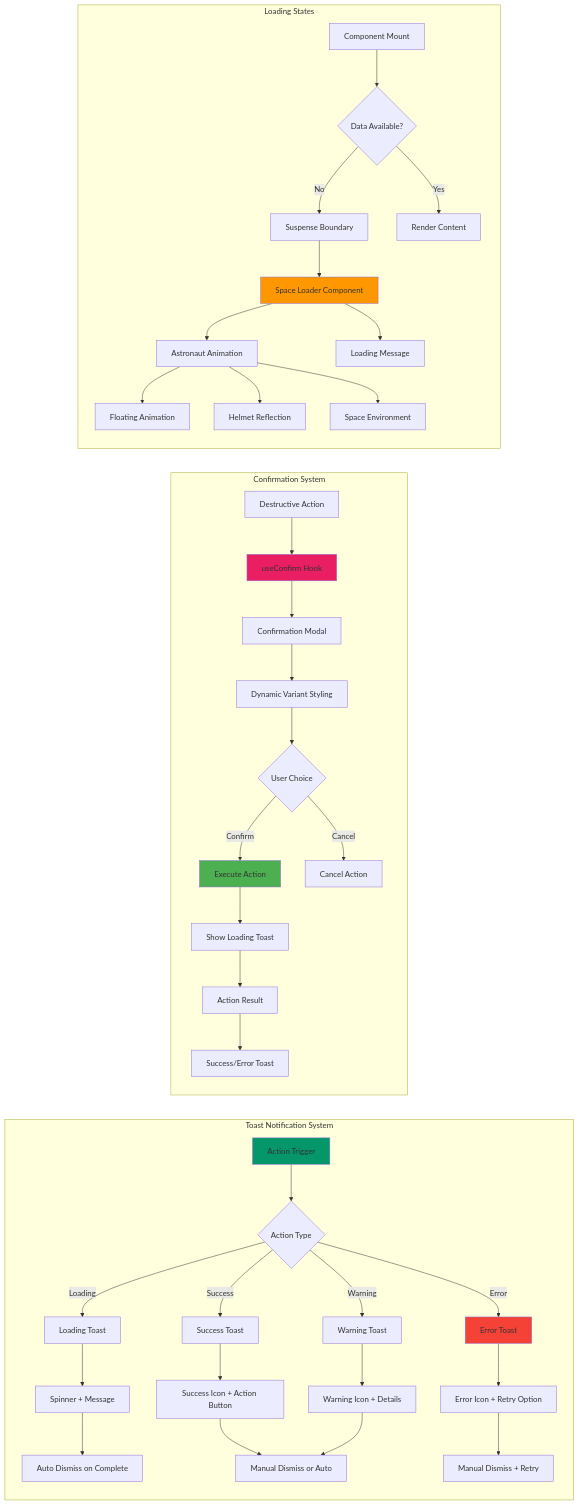
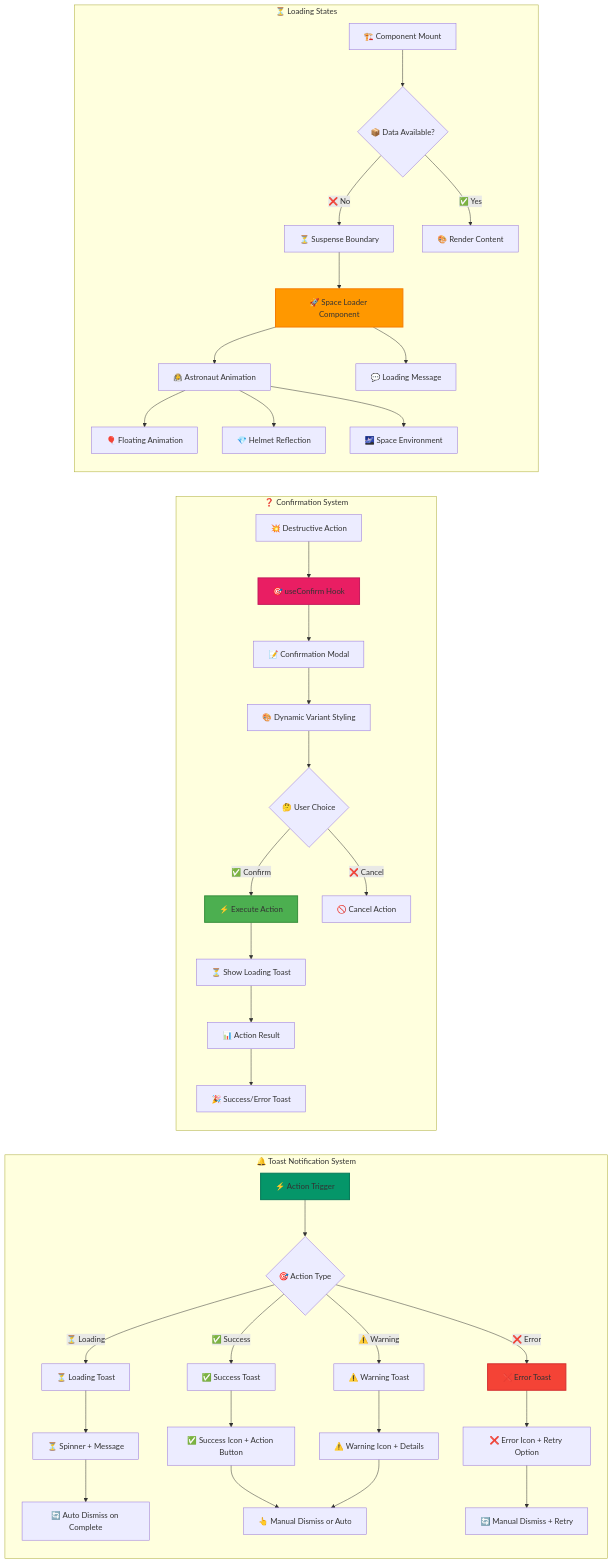
Before and after one commit to felipesanchez-dev/agentesia: the fourth of 9 diagrams in README.md, drawn with Mermaid. The commit also changed other lines of this file, not shown here.

Commit message:
Implement feature X to enhance user experience and fix bug Y in module Z

````diff
--- a/README.md
+++ b/README.md
@@ -391,55 +675,55 @@
 ```mermaid
 flowchart LR
-    subgraph "Toast Notification System"
-        A[Action Trigger] --> B{Action Type}
+    subgraph "🔔 Toast Notification System"
+        A[⚡ Action Trigger] --> B{🎯 Action Type}
         
-        B -->|Loading| C[Loading Toast]
-        B -->|Success| D[Success Toast]
-        B -->|Error| E[Error Toast]
-        B -->|Warning| F[Warning Toast]
+        B -->|⏳ Loading| C[⏳ Loading Toast]
+        B -->|✅ Success| D[✅ Success Toast]
+        B -->|❌ Error| E[❌ Error Toast]
+        B -->|⚠️ Warning| F[⚠️ Warning Toast]
 
-        C --> G[Spinner + Message]
-        D --> H[Success Icon + Action Button]
-        E --> I[Error Icon + Retry Option]
-        F --> J[Warning Icon + Details]
+        C --> G[⏳ Spinner + Message]
+        D --> H[✅ Success Icon + Action Button]
+        E --> I[❌ Error Icon + Retry Option]
+        F --> J[⚠️ Warning Icon + Details]
 
-        G --> K[Auto Dismiss on Complete]
-        H --> L[Manual Dismiss or Auto]
-        I --> M[Manual Dismiss + Retry]
+        G --> K[🔄 Auto Dismiss on Complete]
+        H --> L[👆 Manual Dismiss or Auto]
+        I --> M[🔄 Manual Dismiss + Retry]
         J --> L
     end
 
-    subgraph "Confirmation System"
-        N[Destructive Action] --> O[useConfirm Hook]
-        O --> P[Confirmation Modal]
-        P --> Q[Dynamic Variant Styling]
+    subgraph "❓ Confirmation System"
+        N[💥 Destructive Action] --> O[🎯 useConfirm Hook]
+        O --> P[📝 Confirmation Modal]
+        P --> Q[🎨 Dynamic Variant Styling]
         
-        Q --> R{User Choice}
-        R -->|Confirm| S[Execute Action]
-        R -->|Cancel| T[Cancel Action]
+        Q --> R{🤔 User Choice}
+        R -->|✅ Confirm| S[⚡ Execute Action]
+        R -->|❌ Cancel| T[🚫 Cancel Action]
         
-        S --> U[Show Loading Toast]
-        U --> V[Action Result]
-        V --> W[Success/Error Toast]
+        S --> U[⏳ Show Loading Toast]
+        U --> V[📊 Action Result]
+        V --> W[🎉 Success/Error Toast]
     end
 
-    subgraph "Loading States"
-        X[Component Mount] --> Y{Data Available?}
-        Y -->|No| Z[Suspense Boundary]
-        Y -->|Yes| AA[Render Content]
+    subgraph "⏳ Loading States"
+        X[🏗️ Component Mount] --> Y{📦 Data Available?}
+        Y -->|❌ No| Z[⏳ Suspense Boundary]
+        Y -->|✅ Yes| AA[🎨 Render Content]
         
-        Z --> BB[Space Loader Component]
-        BB --> CC[Astronaut Animation]
-        BB --> DD[Loading Message]
+        Z --> BB[🚀 Space Loader Component]
+        BB --> CC[🧑‍🚀 Astronaut Animation]
+        BB --> DD[💬 Loading Message]
         
-        CC --> EE[Floating Animation]
-        CC --> FF[Helmet Reflection]
-        CC --> GG[Space Environment]
+        CC --> EE[🎈 Floating Animation]
+        CC --> FF[💎 Helmet Reflection]
+        CC --> GG[🌌 Space Environment]
     end
 
-    style A fill:#059669
-    style O fill:#e91e63
-    style BB fill:#ff9800
-    style S fill:#4caf50
-    style E fill:#f44336
+    style A fill:#059669,stroke:#047857,stroke-width:2px
+    style O fill:#e91e63,stroke:#c2185b,stroke-width:2px
+    style BB fill:#ff9800,stroke:#f57c00,stroke-width:2px
+    style S fill:#4caf50,stroke:#388e3c,stroke-width:2px
+    style E fill:#f44336,stroke:#d32f2f,stroke-width:2px
 ```
````
